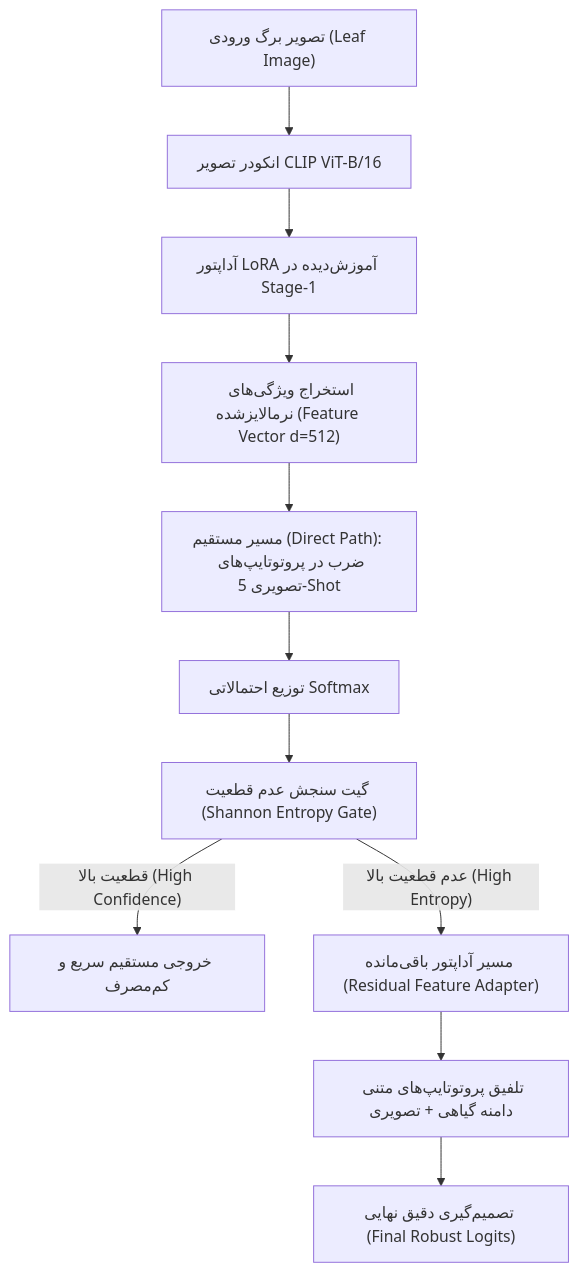
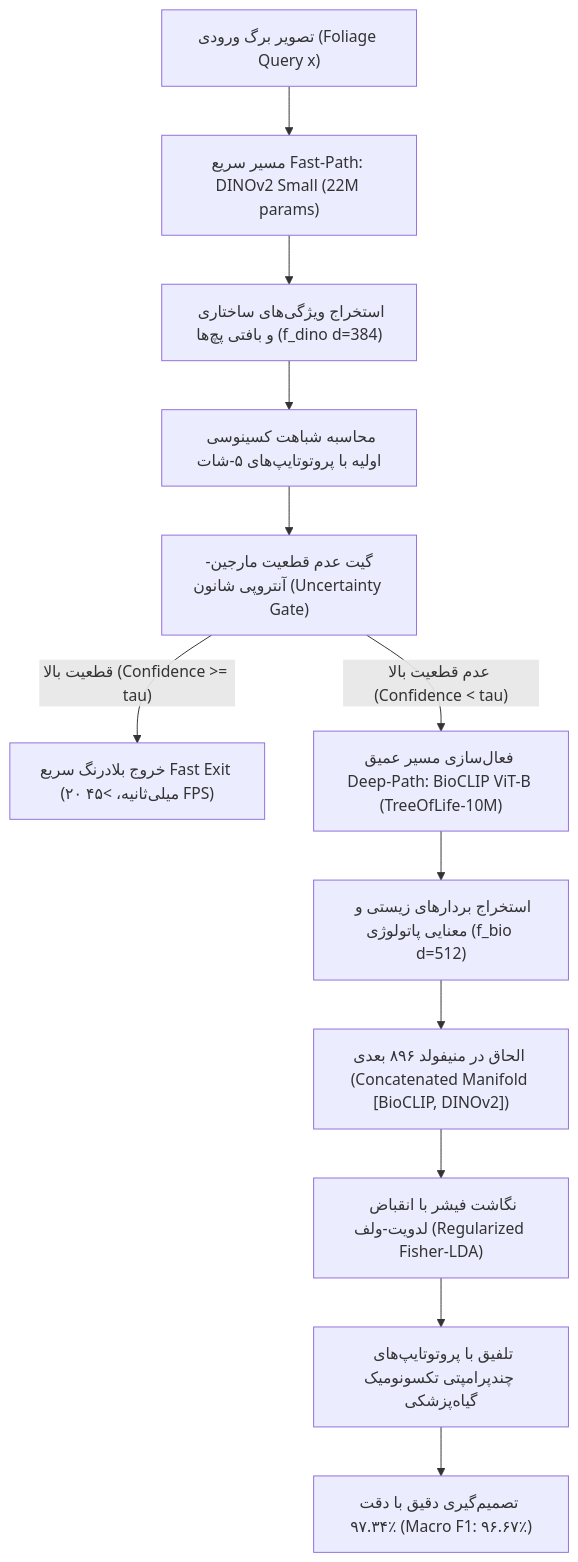
Before and after one commit to mortezahatamikia-code/uncertainty-gated-paper: the diagram in docs/algorithm_guide.md, drawn with Mermaid. The commit also changed other lines of this file and 4 other files, not shown here.

Commit message:
docs: update README and guides for BioDINO-Edge 97.34% and remove obsolete artifacts

````diff
--- a/docs/algorithm_guide.md
+++ b/docs/algorithm_guide.md
@@ -14,13 +14,14 @@
 ```mermaid
 graph TD
-    A["تصویر برگ ورودی (Leaf Image)"] --> B["انکودر تصویر CLIP ViT-B/16"]
-    B --> C["آداپتور LoRA آموزش‌دیده در Stage-1"]
-    C --> D["استخراج ویژگی‌های نرمالایزشده (Feature Vector d=512)"]
-    D --> E["مسیر مستقیم (Direct Path): ضرب در پروتوتایپ‌های تصویری 5-Shot"]
-    E --> F["توزیع احتمالاتی Softmax"]
-    F --> G["گیت سنجش عدم قطعیت (Shannon Entropy Gate)"]
-    G -->|"قطعیت بالا (High Confidence)"| H["خروجی مستقیم سریع و کم‌مصرف"]
-    G -->|"عدم قطعیت بالا (High Entropy)"| I["مسیر آداپتور باقی‌مانده (Residual Feature Adapter)"]
-    I --> J["تلفیق پروتوتایپ‌های متنی دامنه گیاهی + تصویری"]
-    J --> K["تصمیم‌گیری دقیق نهایی (Final Robust Logits)"]
+    A["تصویر برگ ورودی (Foliage Query x)"] --> B["مسیر سریع Fast-Path: DINOv2 Small (22M params)"]
+    B --> C["استخراج ویژگی‌های ساختاری و بافتی پچ‌ها (f_dino d=384)"]
+    C --> D["محاسبه شباهت کسینوسی اولیه با پروتوتایپ‌های ۵-شات"]
+    D --> E["گیت عدم قطعیت مارجین-آنتروپی شانون (Uncertainty Gate)"]
+    E -->|"قطعیت بالا (Confidence >= tau)"| F["خروج بلادرنگ سریع Fast Exit (۲۰ میلی‌ثانیه، >۴۵ FPS)"]
+    E -->|"عدم قطعیت بالا (Confidence < tau)"| G["فعال‌سازی مسیر عمیق Deep-Path: BioCLIP ViT-B (TreeOfLife-10M)"]
+    G --> H["استخراج بردارهای زیستی و معنایی پاتولوژی (f_bio d=512)"]
+    H --> I["الحاق در منیفولد ۸۹۶ بعدی (Concatenated Manifold [BioCLIP, DINOv2])"]
+    I --> J["نگاشت فیشر با انقباض لدویت-ولف (Regularized Fisher-LDA)"]
+    J --> K["تلفیق با پروتوتایپ‌های چندپرامپتی تکسونومیک گیاه‌پزشکی"]
+    K --> L["تصمیم‌گیری دقیق با دقت ۹۷.۳۴٪ (Macro F1: ۹۶.۶۷٪)"]
 ```
````
